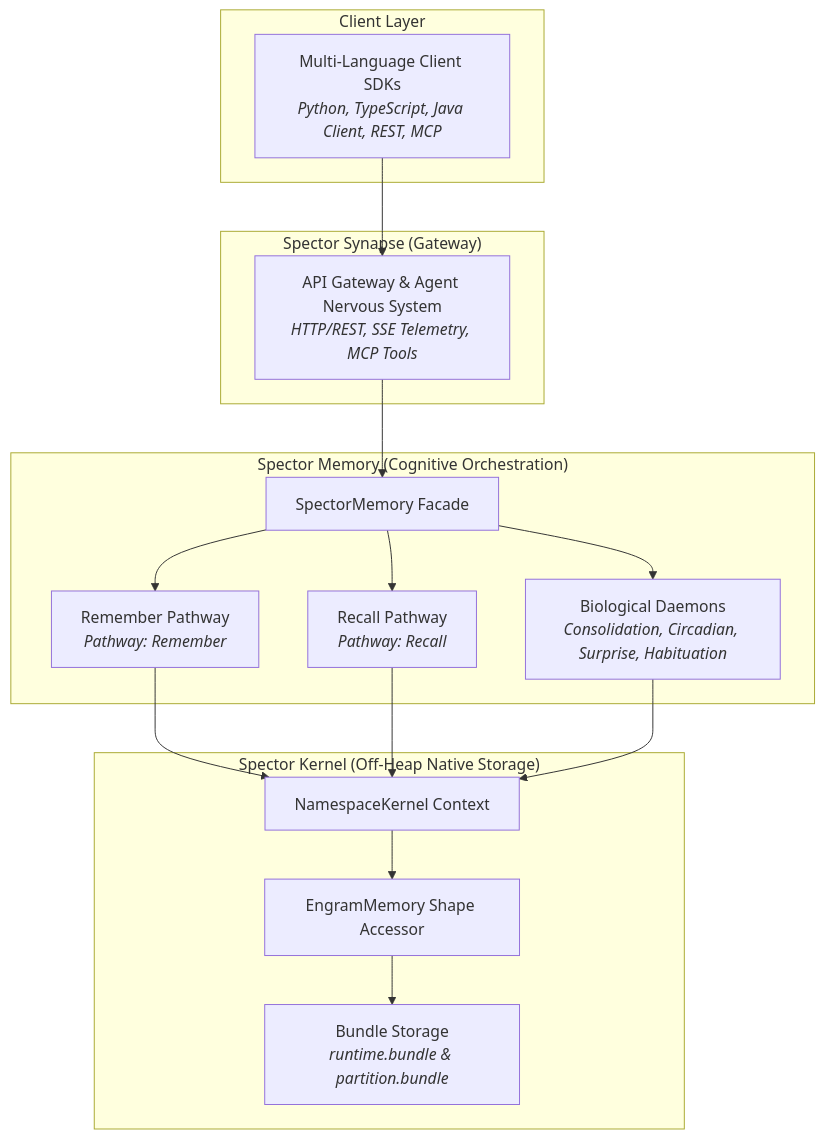
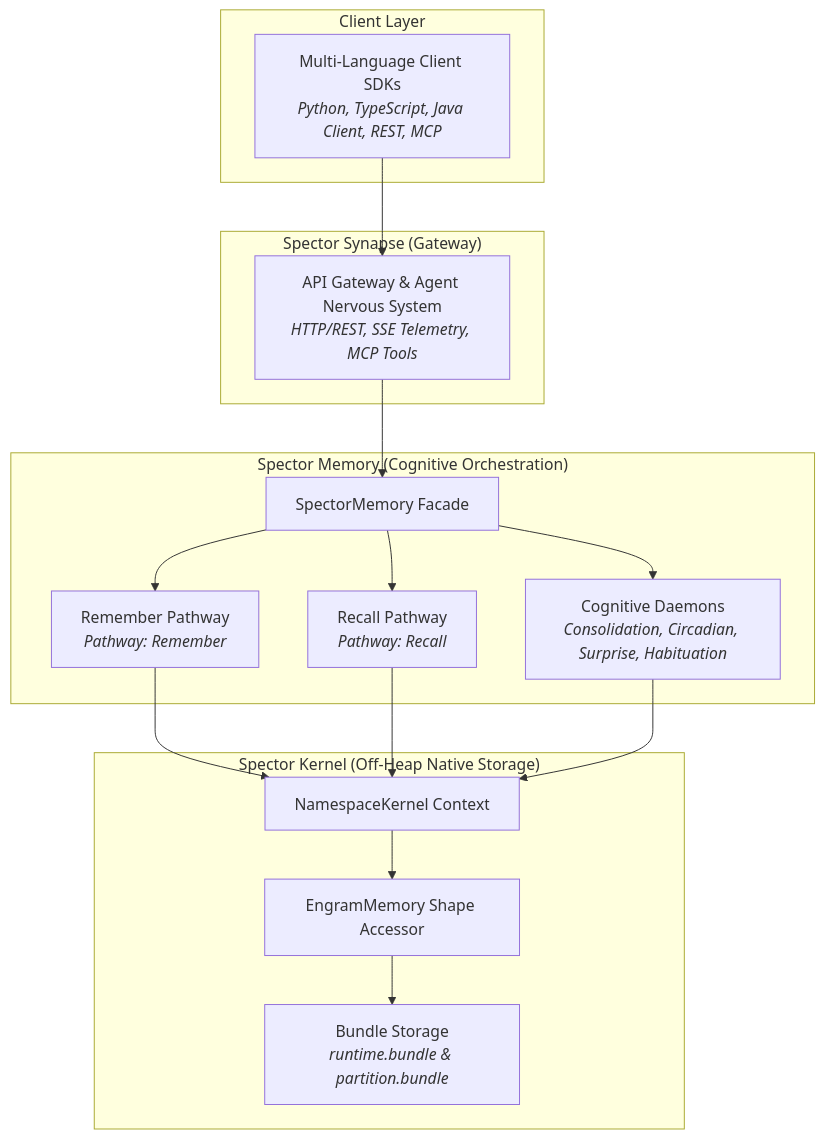
One commit to spectrayan/spector changed the first of 3 diagrams in docs/docs/memory/architecture.md. Above: the diagram before and after it, drawn with Mermaid. The commit also changed other lines of this file and 24 other files, not shown here.

````diff
--- a/docs/docs/memory/architecture.md
+++ b/docs/docs/memory/architecture.md
@@ -22,34 +22,34 @@
 ```mermaid
 graph TB
     subgraph "Client Layer"
         SDK["Multi-Language Client SDKs<br/><i>Python, TypeScript, Java Client, REST, MCP</i>"]
     end
 
     subgraph "Spector Synapse (Gateway)"
         SYN["API Gateway & Agent Nervous System<br/><i>HTTP/REST, SSE Telemetry, MCP Tools</i>"]
     end
 
     subgraph "Spector Memory (Cognitive Orchestration)"
         SM["SpectorMemory Facade"]
         REM["Remember Pathway<br/><i>Pathway: Remember</i>"]
         REC["Recall Pathway<br/><i>Pathway: Recall</i>"]
-        DAE["Biological Daemons<br/><i>Consolidation, Circadian, Surprise, Habituation</i>"]
+        DAE["Cognitive Daemons<br/><i>Consolidation, Circadian, Surprise, Habituation</i>"]
     end
 
     subgraph "Spector Kernel (Off-Heap Native Storage)"
         NK["NamespaceKernel Context"]
         ENG["EngramMemory Shape Accessor"]
         BUN["Bundle Storage<br/><i>runtime.bundle & partition.bundle</i>"]
     end
 
     SDK --> SYN
     SYN --> SM
     SM --> REM
     SM --> REC
     SM --> DAE
     REM --> NK
     REC --> NK
     DAE --> NK
     NK --> ENG
     ENG --> BUN
 ```
````
